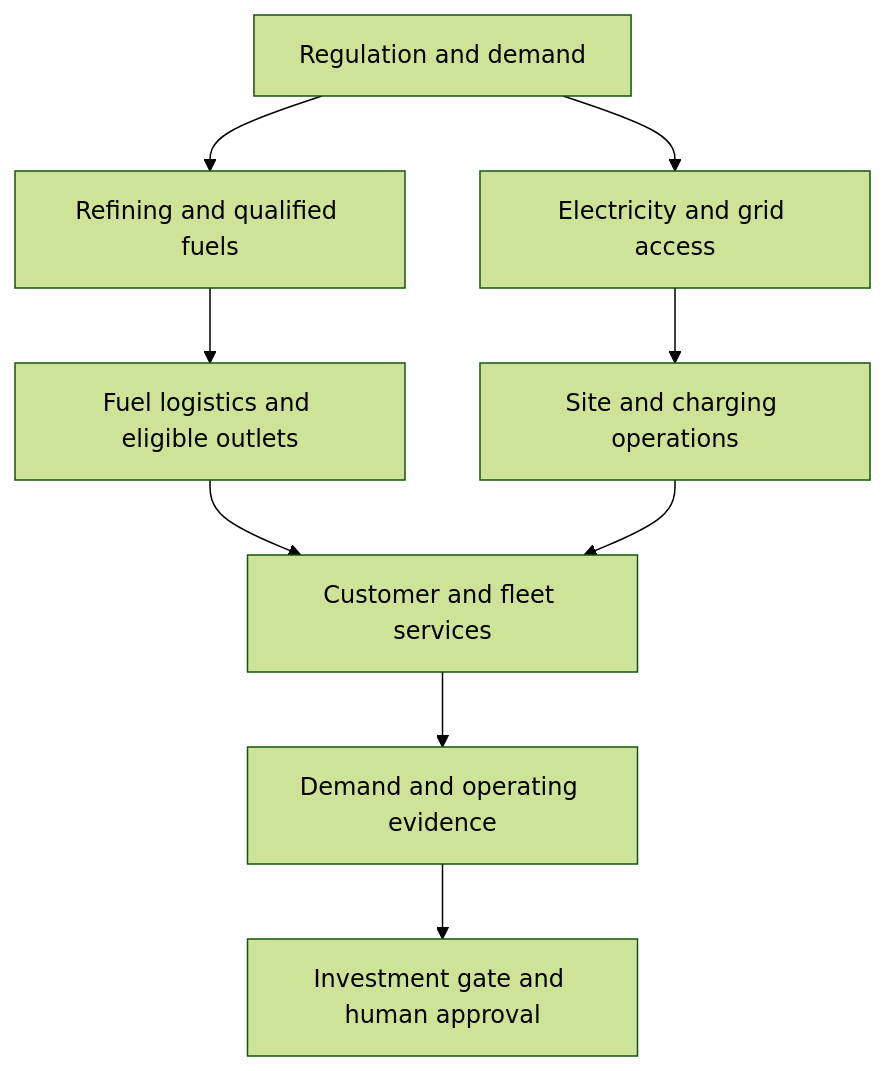
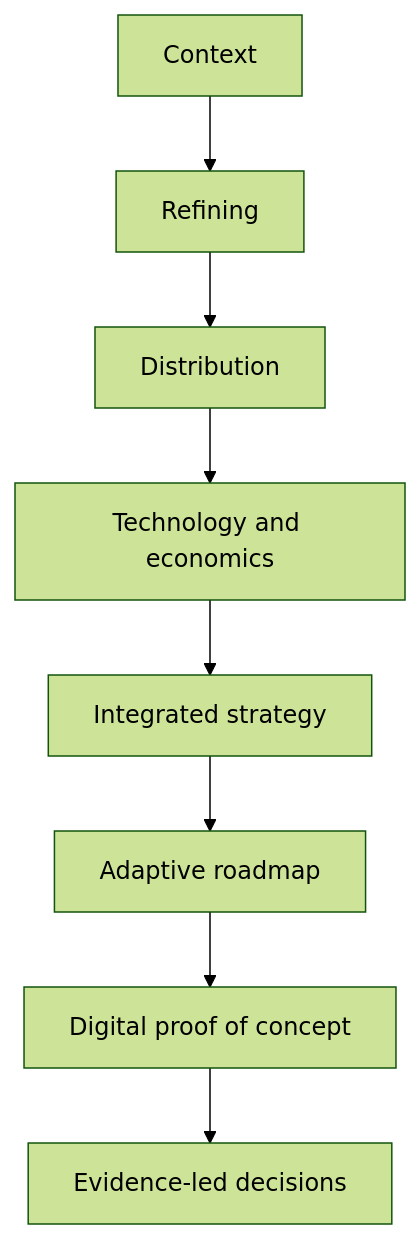
The first of 2 diagrams in README.md (QueenKM/ip-transition-strategy), drawn with Mermaid (forest theme) before and after one commit. The commit also changed other lines of this file and 21 other files, not shown here.

````diff
--- a/README.md
+++ b/README.md
@@ -106,11 +19,10 @@
 ```mermaid
 flowchart TD
-    A["Regulation and demand"] --> B["Refining and qualified fuels"]
-    A --> C["Electricity and grid access"]
-    B --> D["Fuel logistics and eligible outlets"]
-    C --> E["Site and charging operations"]
-    D --> F["Customer and fleet services"]
-    E --> F
-    F --> G["Demand and operating evidence"]
-    G --> H["Investment gate and human approval"]
+  A["Context"] --> B["Refining"]
+  B --> C["Distribution"]
+  C --> D["Technology and economics"]
+  D --> E["Integrated strategy"]
+  E --> F["Adaptive roadmap"]
+  F --> G["Digital proof of concept"]
+  G --> H["Evidence-led decisions"]
 ```
````
